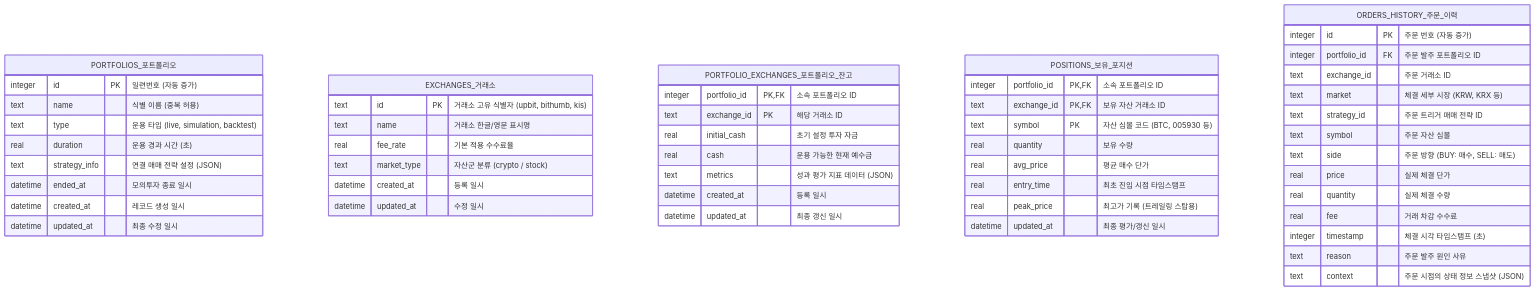
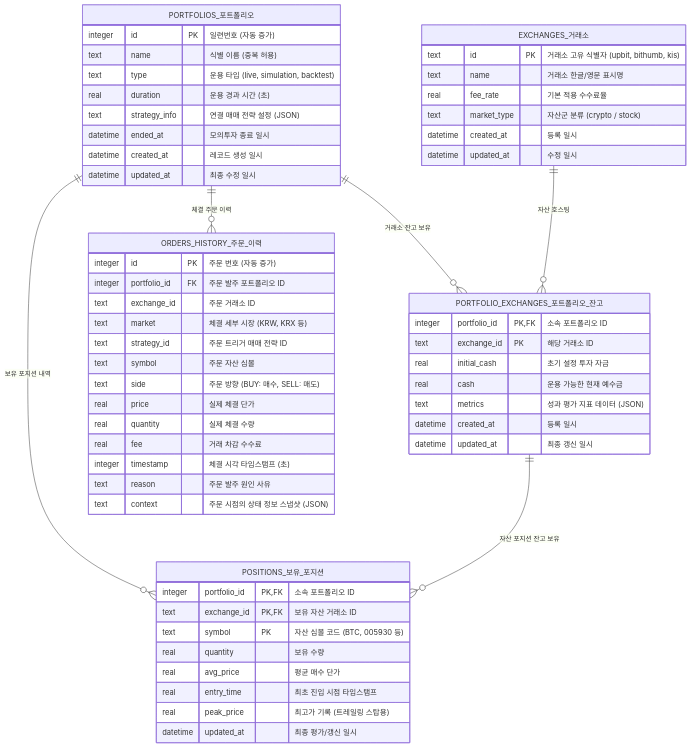
The second of 5 diagrams in docs/erd-specification.md (yslsoft-ui/ATS), drawn with Mermaid before and after one commit. The commit also changed other lines of this file, not shown here.

Commit message:
docs: ERD 명세서 내 영역별 상세 다이어그램에 테이블 릴레이션 관계선 추가

````diff
--- a/docs/erd-specification.md
+++ b/docs/erd-specification.md
@@ -87,59 +87,65 @@
 ```mermaid
 erDiagram
+    PORTFOLIOS_포트폴리오 ||--o{ PORTFOLIO_EXCHANGES_포트폴리오_잔고 : "거래소 잔고 보유"
+    PORTFOLIOS_포트폴리오 ||--o{ POSITIONS_보유_포지션 : "보유 포지션 내역"
+    PORTFOLIOS_포트폴리오 ||--o{ ORDERS_HISTORY_주문_이력 : "체결 주문 이력"
+    EXCHANGES_거래소 ||--o{ PORTFOLIO_EXCHANGES_포트폴리오_잔고 : "자산 호스팅"
+    PORTFOLIO_EXCHANGES_포트폴리오_잔고 ||--o{ POSITIONS_보유_포지션 : "자산 포지션 잔고 보유"
+
     PORTFOLIOS_포트폴리오 {
         integer id PK "일련번호 (자동 증가)"
         text name "식별 이름 (중복 허용)"
         text type "운용 타입 (live, simulation, backtest)"
         real duration "운용 경과 시간 (초)"
         text strategy_info "연결 매매 전략 설정 (JSON)"
         datetime ended_at "모의투자 종료 일시"
         datetime created_at "레코드 생성 일시"
         datetime updated_at "최종 수정 일시"
     }
 
     EXCHANGES_거래소 {
         text id PK "거래소 고유 식별자 (upbit, bithumb, kis)"
         text name "거래소 한글/영문 표시명"
         real fee_rate "기본 적용 수수료율"
         text market_type "자산군 분류 (crypto / stock)"
         datetime created_at "등록 일시"
         datetime updated_at "수정 일시"
     }
 
     PORTFOLIO_EXCHANGES_포트폴리오_잔고 {
         integer portfolio_id PK, FK "소속 포트폴리오 ID"
         text exchange_id PK "해당 거래소 ID"
         real initial_cash "초기 설정 투자 자금"
         real cash "운용 가능한 현재 예수금"
         text metrics "성과 평가 지표 데이터 (JSON)"
         datetime created_at "등록 일시"
         datetime updated_at "최종 갱신 일시"
     }
 
     POSITIONS_보유_포지션 {
         integer portfolio_id PK, FK "소속 포트폴리오 ID"
         text exchange_id PK, FK "보유 자산 거래소 ID"
         text symbol PK "자산 심볼 코드 (BTC, 005930 등)"
         real quantity "보유 수량"
         real avg_price "평균 매수 단가"
         real entry_time "최초 진입 시점 타임스탬프"
         real peak_price "최고가 기록 (트레일링 스탑용)"
         datetime updated_at "최종 평가/갱신 일시"
     }
 
     ORDERS_HISTORY_주문_이력 {
         integer id PK "주문 번호 (자동 증가)"
         integer portfolio_id FK "주문 발주 포트폴리오 ID"
         text exchange_id "주문 거래소 ID"
         text market "체결 세부 시장 (KRW, KRX 등)"
         text strategy_id "주문 트리거 매매 전략 ID"
         text symbol "주문 자산 심볼"
         text side "주문 방향 (BUY: 매수, SELL: 매도)"
         real price "실제 체결 단가"
         real quantity "실제 체결 수량"
         real fee "거래 차감 수수료"
         integer timestamp "체결 시각 타임스탬프 (초)"
         text reason "주문 발주 원인 사유"
         text context "주문 시점의 상태 정보 스냅샷 (JSON)"
     }
 ```
````
